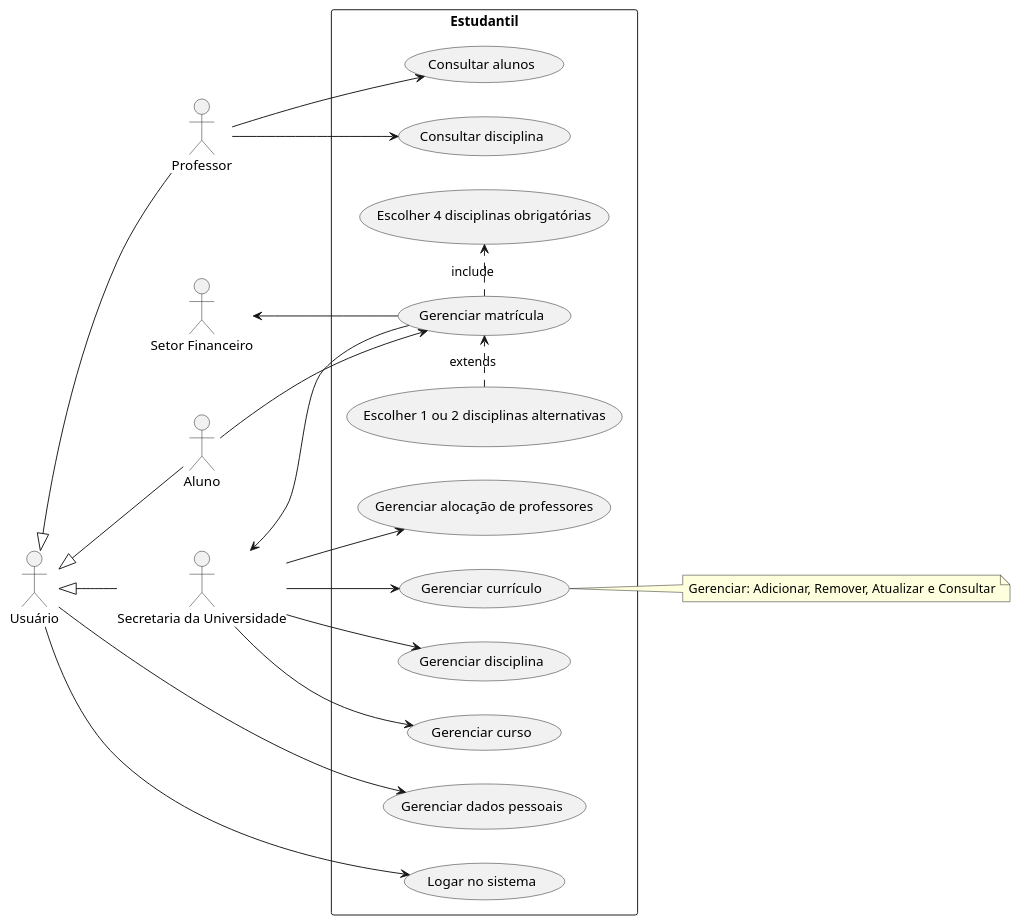
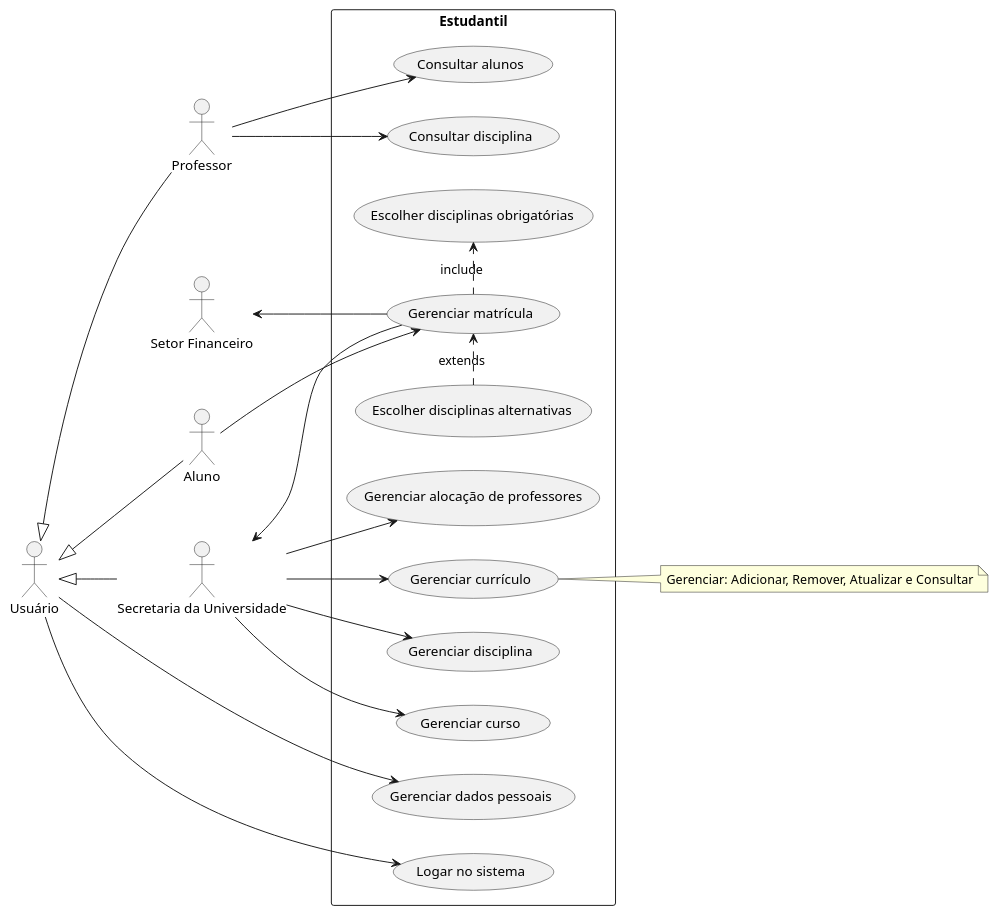
The diagram in projeto 1/project/useCaseDiagram.plantuml (migueltico2/laboratorio-de-desenvolvimento-de-software), drawn with PlantUML before and after one commit. The commit also changed 7 other files, not shown here.

```diff
--- a/projeto 1/project/useCaseDiagram.plantuml
+++ b/projeto 1/project/useCaseDiagram.plantuml
@@ -1,51 +1,51 @@
 @startuml
 
 left to right direction
 
 actor "Usuário" as User
 actor Aluno as A
 actor Professor as P
 actor "Secretaria da Universidade" as SU
 actor "Setor Financeiro" as F
 
 rectangle Estudantil {
 usecase "Gerenciar currículo" as UC1
 usecase "Gerenciar matrícula" as UC2
 usecase "Consultar disciplina" as UC3
 usecase "Gerenciar disciplina" as UC4
 usecase "Gerenciar curso" as UC5
 usecase "Gerenciar alocação de professores" as UC6
 usecase "Consultar alunos" as UC7
 usecase "Gerenciar dados pessoais" as UC8
 usecase "Logar no sistema" as UC9
-usecase "Escolher 1 ou 2 disciplinas alternativas" as UC10
-usecase "Escolher 4 disciplinas obrigatórias" as UC11
+usecase "Escolher disciplinas alternativas" as UC10
+usecase "Escolher disciplinas obrigatórias" as UC11
 }
 
 UC2 .> UC11 : include
 UC10 .> UC2 : extends
 
 User <|-- A
 User <|-- P
 User <|-- SU
 
 User --> UC8
 User --> UC9
 
 SU --> UC1
 SU --> UC4
 SU --> UC5
 SU --> UC6
 
 A --> UC2
 SU <-- UC2
 F <-- UC2
 
 P --> UC7
 P --> UC3
 
 note right of UC1
     Gerenciar: Adicionar, Remover, Atualizar e Consultar
 end note
 
 @enduml
```
